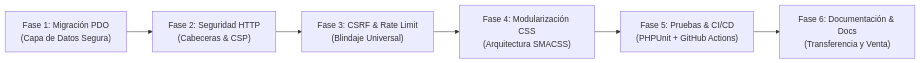
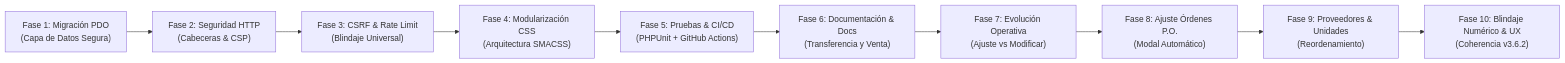
One commit to Santiago072/SistemaImpobiomedical changed the diagram in docs/PLAN_DE_IMPLEMENTACION.md. Above: the diagram before and after it, drawn with Mermaid. The commit also changed other lines of this file and 29 other files, not shown here.

````diff
--- a/docs/PLAN_DE_IMPLEMENTACION.md
+++ b/docs/PLAN_DE_IMPLEMENTACION.md
@@ -9,8 +9,12 @@
 ```mermaid
 graph LR
     F1["Fase 1: Migración PDO\n(Capa de Datos Segura)"] --> F2["Fase 2: Seguridad HTTP\n(Cabeceras & CSP)"]
     F2 --> F3["Fase 3: CSRF & Rate Limit\n(Blindaje Universal)"]
     F3 --> F4["Fase 4: Modularización CSS\n(Arquitectura SMACSS)"]
     F4 --> F5["Fase 5: Pruebas & CI/CD\n(PHPUnit + GitHub Actions)"]
     F5 --> F6["Fase 6: Documentación & Docs\n(Transferencia y Venta)"]
+    F6 --> F7["Fase 7: Evolución Operativa\n(Ajuste vs Modificar)"]
+    F7 --> F8["Fase 8: Ajuste Órdenes P.O.\n(Modal Automático)"]
+    F8 --> F9["Fase 9: Proveedores & Unidades\n(Reordenamiento)"]
+    F9 --> F10["Fase 10: Blindaje Numérico & UX\n(Coherencia v3.6.2)"]
 ```
````
